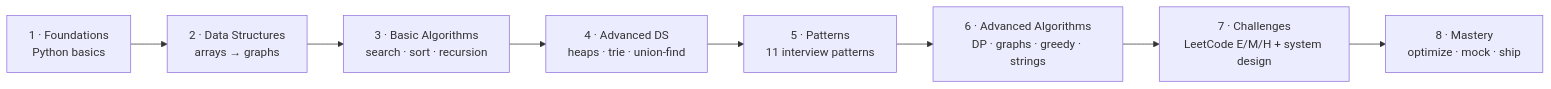
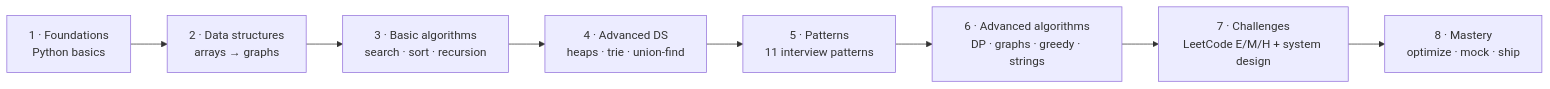
One commit to Harery/py-data-structur-pr changed the diagram in README.md. Above: the diagram before and after it, drawn with Mermaid. The commit also changed other lines of this file, not shown here.

````diff
--- a/README.md
+++ b/README.md
@@ -109,10 +86,10 @@
 ```mermaid
 flowchart LR
-    P1[1 · Foundations<br/>Python basics] --> P2[2 · Data Structures<br/>arrays → graphs]
-    P2 --> P3[3 · Basic Algorithms<br/>search · sort · recursion]
+    P1[1 · Foundations<br/>Python basics] --> P2[2 · Data structures<br/>arrays → graphs]
+    P2 --> P3[3 · Basic algorithms<br/>search · sort · recursion]
     P3 --> P4[4 · Advanced DS<br/>heaps · trie · union-find]
     P4 --> P5[5 · Patterns<br/>11 interview patterns]
-    P5 --> P6[6 · Advanced Algorithms<br/>DP · graphs · greedy · strings]
+    P5 --> P6[6 · Advanced algorithms<br/>DP · graphs · greedy · strings]
     P6 --> P7[7 · Challenges<br/>LeetCode E/M/H + system design]
     P7 --> P8[8 · Mastery<br/>optimize · mock · ship]
 ```
````
